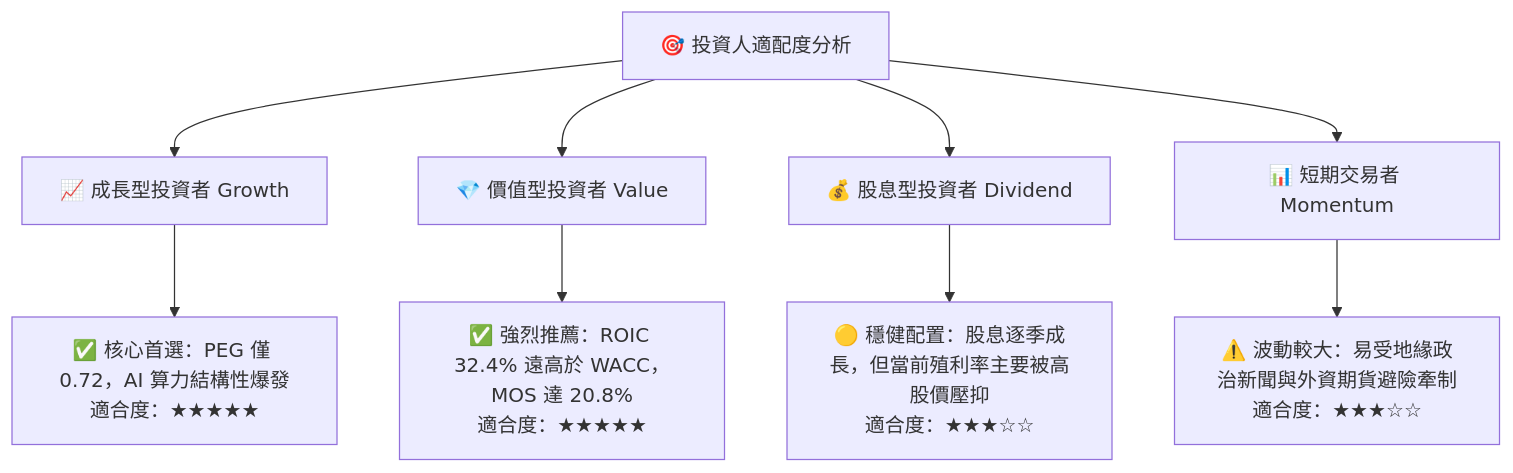
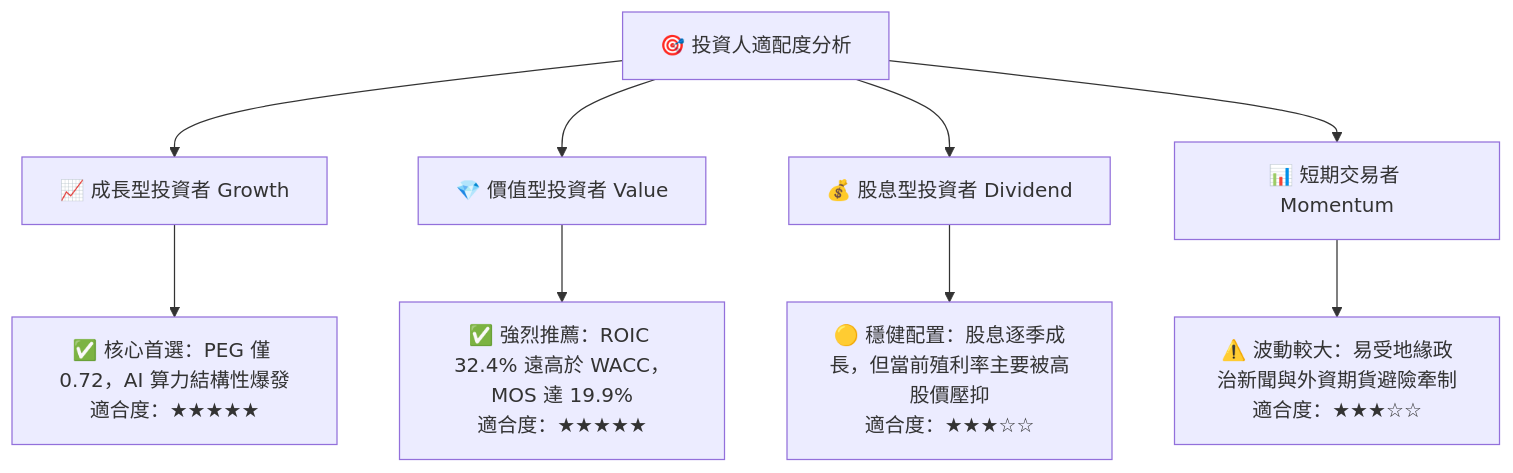
One commit to yennanliu/finance_data changed diagram 15 of 15 in ai_gen_report/fundamental/2330.tw/fundamental_analysis_2026-10-16_gemini.md. Above: the diagram before and after it, drawn with Mermaid. The commit also changed other lines of this file and 339 other files, not shown here.

````diff
--- a/ai_gen_report/fundamental/2330.tw/fundamental_analysis_2026-10-16_gemini.md
+++ b/ai_gen_report/fundamental/2330.tw/fundamental_analysis_2026-10-16_gemini.md
@@ -1130,14 +1145,14 @@
 ```mermaid
 graph TD
     INV["🎯 投資人適配度分析"]
 
     INV --> G["📈 成長型投資者 Growth"]
     INV --> V["💎 價值型投資者 Value"]
     INV --> D["💰 股息型投資者 Dividend"]
     INV --> T["📊 短期交易者 Momentum"]
 
     G --> G1["✅ 核心首選：PEG 僅 0.72，AI 算力結構性爆發<br/>適合度：★★★★★"]
-    V --> V1["✅ 強烈推薦：ROIC 32.4% 遠高於 WACC，MOS 達 20.8%<br/>適合度：★★★★★"]
+    V --> V1["✅ 強烈推薦：ROIC 32.4% 遠高於 WACC，MOS 達 19.9%<br/>適合度：★★★★★"]
     D --> D1["🟡 穩健配置：股息逐季成長，但當前殖利率主要被高股價壓抑<br/>適合度：★★★☆☆"]
     T --> T1["⚠️ 波動較大：易受地緣政治新聞與外資期貨避險牽制<br/>適合度：★★★☆☆"]
 ```
````
